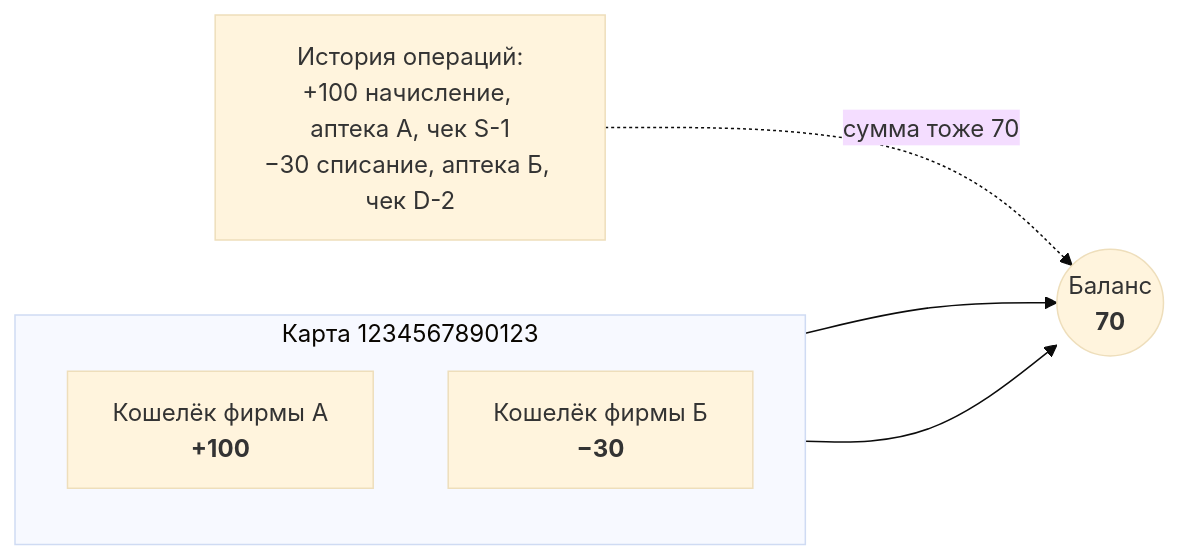
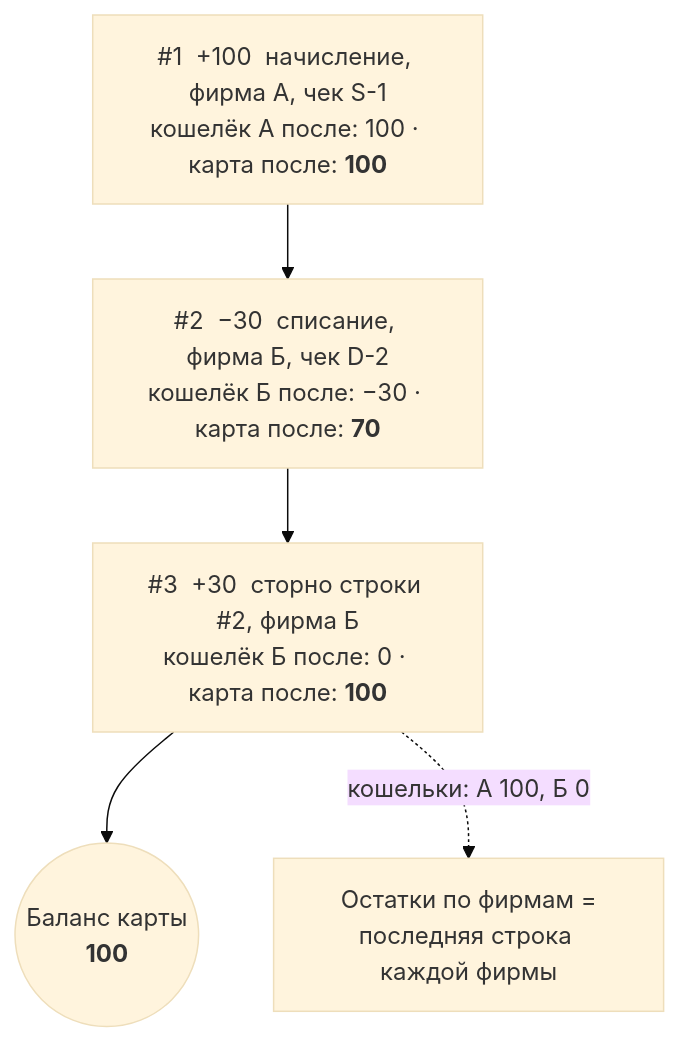
The second of 9 diagrams in docs/10-shemy-operatsij.md (maltcevrg/apteka_api), drawn with Mermaid (base theme) before and after one commit. The commit also changed other lines of this file and 7 other files, not shown here.

````diff
--- a/docs/10-shemy-operatsij.md
+++ b/docs/10-shemy-operatsij.md
@@ -29,11 +29,9 @@
 ```mermaid
-flowchart LR
-    subgraph Карта 1234567890123
-        direction TB
-        K1[Кошелёк фирмы А<br/><b>+100</b>]
-        K2[Кошелёк фирмы Б<br/><b>−30</b>]
-    end
-    K1 --> S((Баланс<br/><b>70</b>))
-    K2 --> S
-    H1[История операций:<br/>+100 начисление, аптека А, чек S-1<br/>−30 списание, аптека Б, чек D-2] -. сумма тоже 70 .-> S
+flowchart TD
+    R1["#1  +100  начисление, фирма А, чек S-1<br/>кошелёк А после: 100 · карта после: <b>100</b>"]
+    R2["#2  −30  списание, фирма Б, чек D-2<br/>кошелёк Б после: −30 · карта после: <b>70</b>"]
+    R3["#3  +30  сторно строки #2, фирма Б<br/>кошелёк Б после: 0 · карта после: <b>100</b>"]
+    R1 --> R2 --> R3
+    R3 --> S((Баланс карты<br/><b>100</b>))
+    R3 -. кошельки: А 100, Б 0 .-> W[Остатки по фирмам =<br/>последняя строка каждой фирмы]
 ```
````
